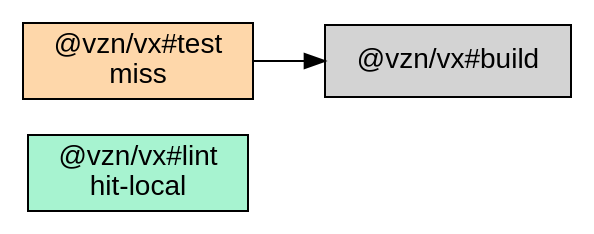
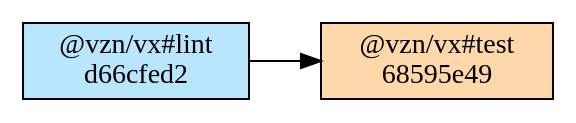
Before and after one commit to vznjs/vx: the diagram in packages/vx/docs/modules/plan-format.md, drawn with Graphviz. The commit also changed other lines of this file and 4 other files, not shown here.

````diff
--- a/packages/vx/docs/modules/plan-format.md
+++ b/packages/vx/docs/modules/plan-format.md
@@ -93,9 +112,9 @@
 ```dot
-digraph vx {
-  rankdir=LR
-  node [shape=box, style=filled, fontname="Helvetica"]
-  "@vzn/vx#lint"     [fillcolor="#a7f3d0", label="@vzn/vx#lint\nhit-local"]
-  "@vzn/vx#test"     [fillcolor="#fed7aa", label="@vzn/vx#test\nmiss"]
-  "@vzn/vx#test" -> "@vzn/vx#build"
+digraph TaskGraph {
+  rankdir=LR;
+  node [shape=box];
+  "@vzn/vx#lint" [label="@vzn/vx#lint\nd66cfed2", style="filled", fillcolor="#bae6fd"];
+  "@vzn/vx#test" [label="@vzn/vx#test\n68595e49", style="filled", fillcolor="#fed7aa"];
+  "@vzn/vx#lint" -> "@vzn/vx#test";
 }
 ```
````
